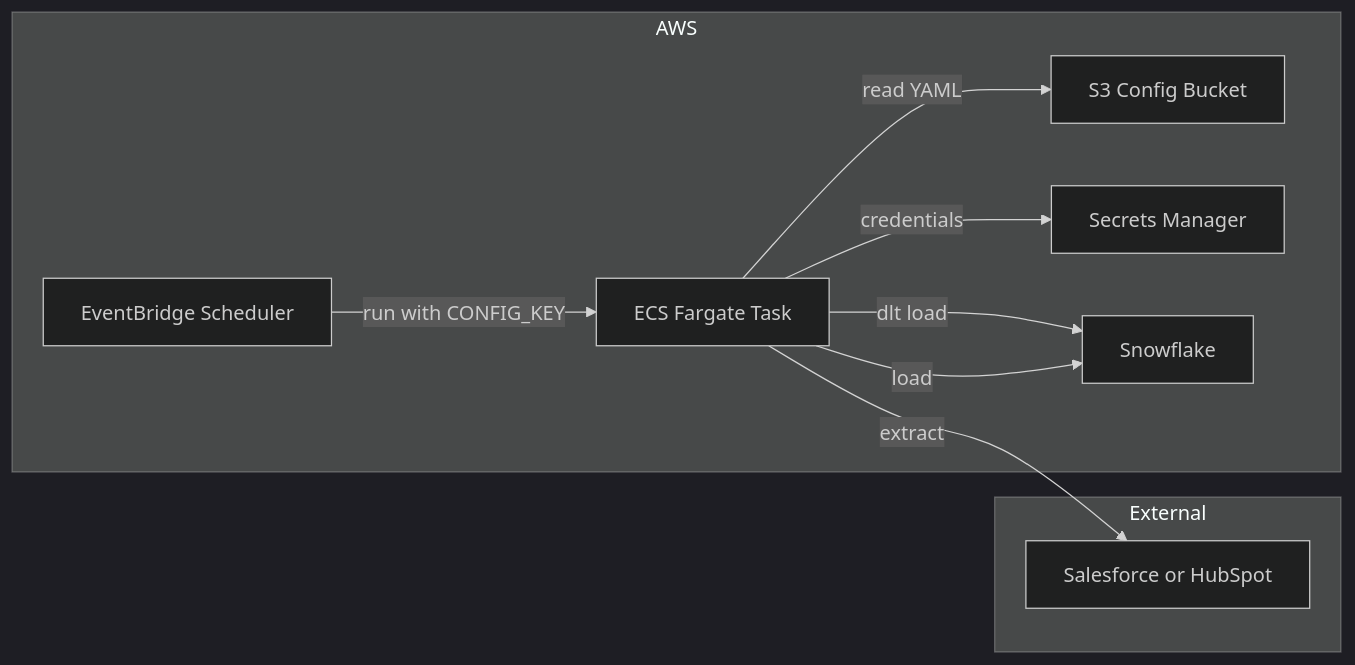
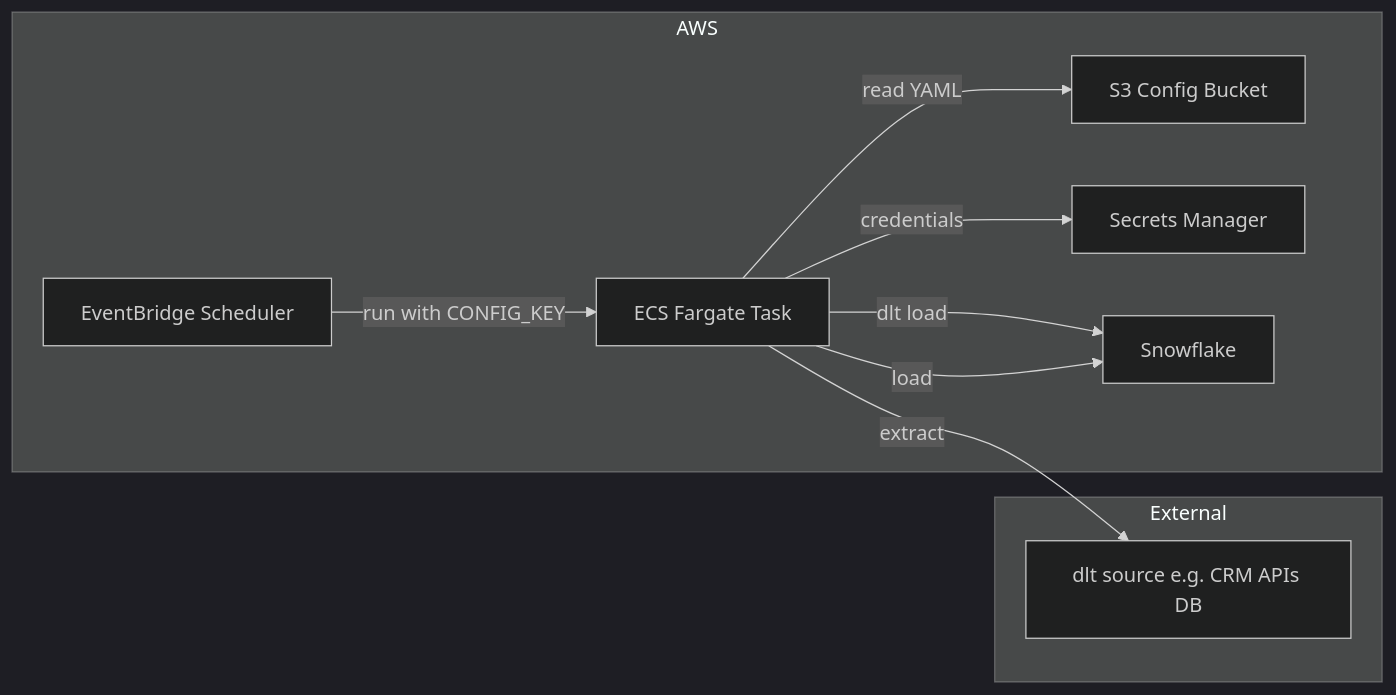
One commit to pashaolu/serverless-multitenant-ingest changed the diagram in README.md. Above: the diagram before and after it, drawn with Mermaid (dark theme). The commit also changed other lines of this file and 14 other files, not shown here.

````diff
--- a/README.md
+++ b/README.md
@@ -7,19 +7,19 @@
 ```mermaid
 flowchart LR
   subgraph aws [AWS]
     EB[EventBridge Scheduler]
     ECS[ECS Fargate Task]
     S3[S3 Config Bucket]
     SM[Secrets Manager]
     EB -->|run with CONFIG_KEY| ECS
     ECS -->|read YAML| S3
     ECS -->|credentials| SM
     ECS -->|dlt load| SF
   end
   subgraph external [External]
-    CRM[Salesforce or HubSpot]
+    Source[dlt source e.g. CRM APIs DB]
     SF[Snowflake]
   end
-  ECS -->|extract| CRM
+  ECS -->|extract| Source
   ECS -->|load| SF
 ```
````
